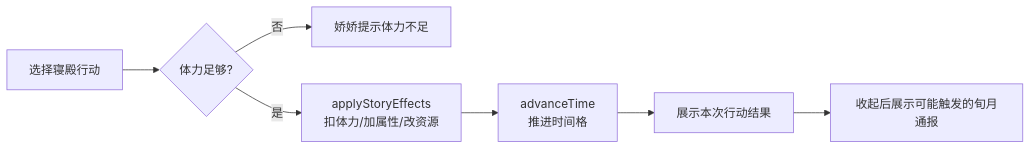
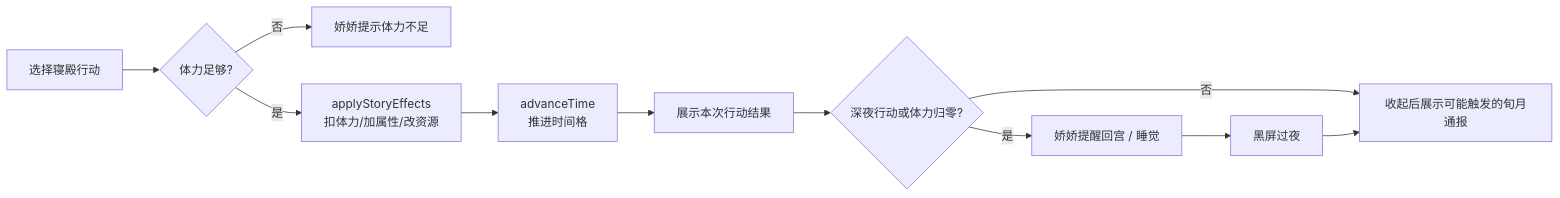
One commit to changyikun/02-project-codex-ai-config-wiring-fix changed the ninth of 17 diagrams in 02-project-codex-ai-config-wiring-fix/docs/game-system-breakdown.md. Above: the diagram before and after it, drawn with Mermaid. The commit also changed other lines of this file and 26 other files, not shown here.

Commit message:
重构地图逻辑，修复bug

````diff
--- a/02-project-codex-ai-config-wiring-fix/docs/game-system-breakdown.md
+++ b/02-project-codex-ai-config-wiring-fix/docs/game-system-breakdown.md
@@ -413,9 +412,13 @@
 ```mermaid
 flowchart LR
   Choose["选择寝殿行动"] --> Check{"体力足够?"}
   Check -- 否 --> Reject["娇娇提示体力不足"]
   Check -- 是 --> Apply["applyStoryEffects\n扣体力/加属性/改资源"]
   Apply --> Time["advanceTime\n推进时间格"]
   Time --> ActionText["展示本次行动结果"]
-  ActionText --> Report["收起后展示可能触发的旬月通报"]
+  ActionText --> SleepCheck{"深夜行动或体力归零?"}
+  SleepCheck -- 否 --> Report["收起后展示可能触发的旬月通报"]
+  SleepCheck -- 是 --> SleepHint["娇娇提醒回宫 / 睡觉"]
+  SleepHint --> Blackout["黑屏过夜"]
+  Blackout --> Report
 ```
````
